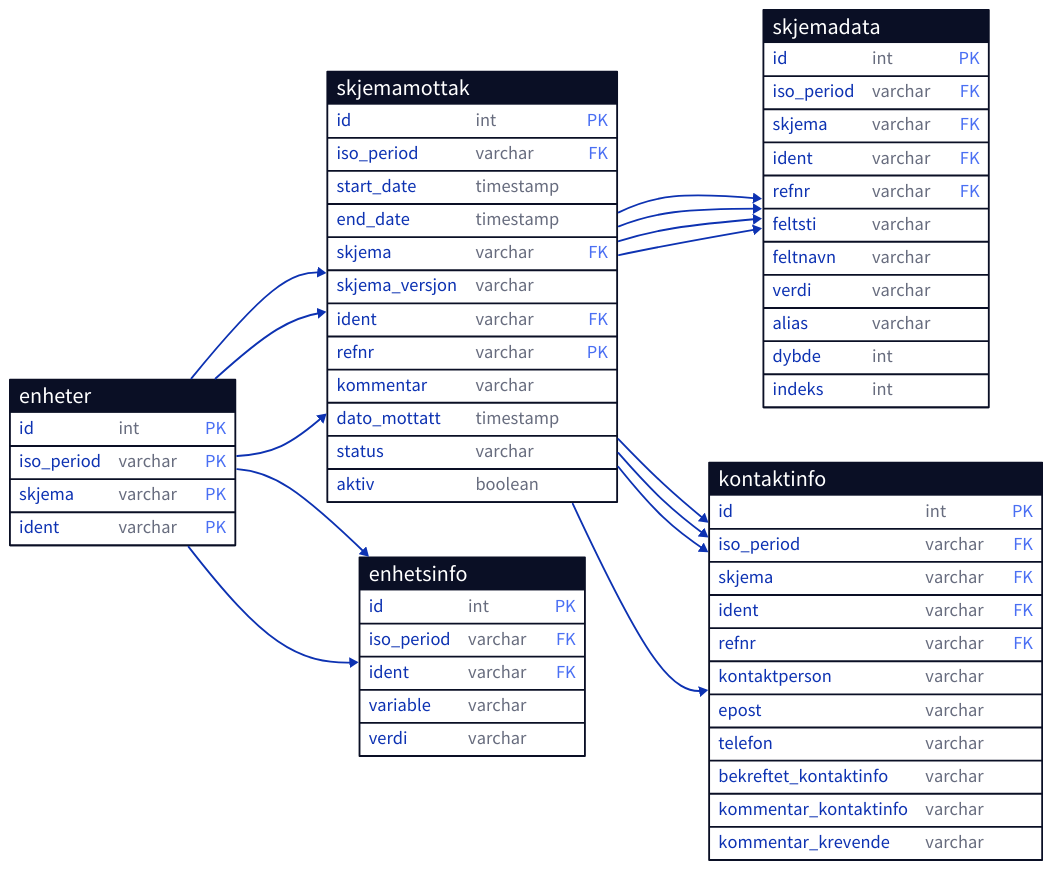
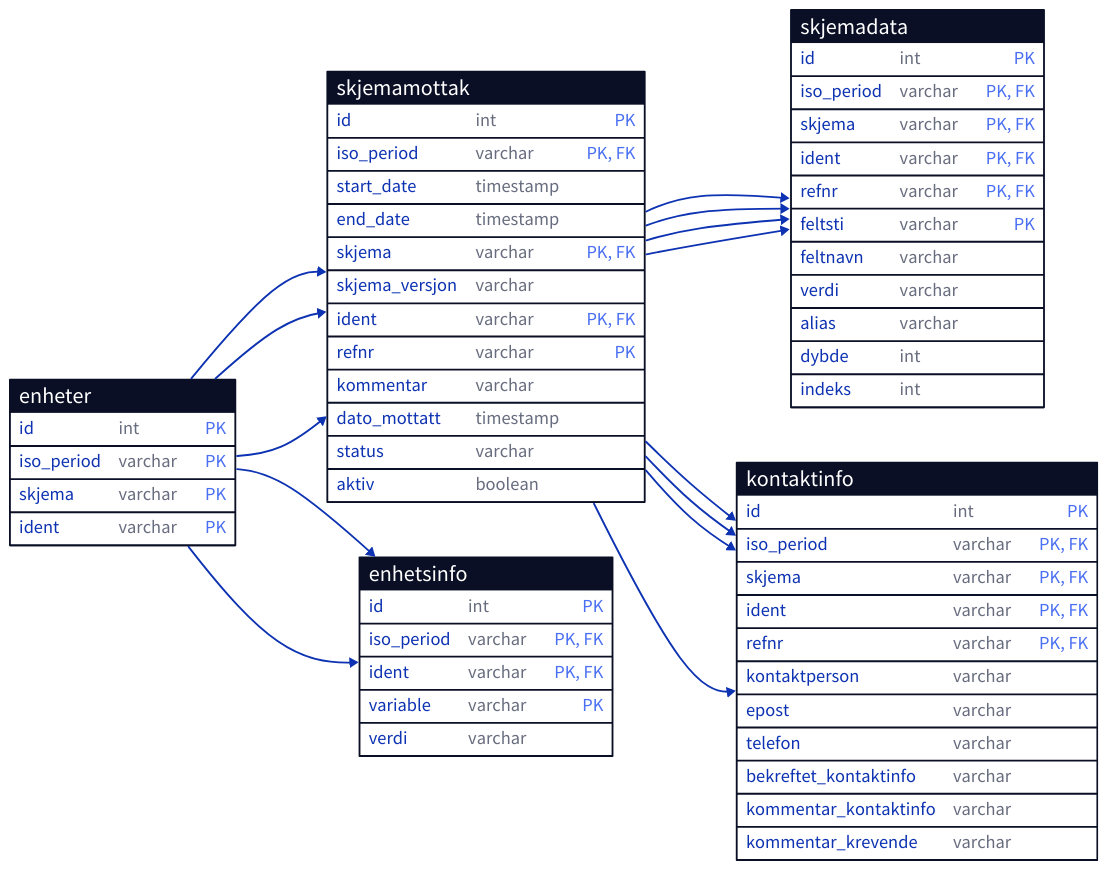
The diagram in docs/datamodels/altinn.d2 (statisticsnorway/ssb-dash-framework), drawn with D2 before and after one commit. The commit also changed 2 other files, not shown here.

Commit message:
Update diagram

```diff
--- a/docs/datamodels/altinn.d2
+++ b/docs/datamodels/altinn.d2
@@ -1,144 +1,148 @@
 direction: right
 
 enheter: {
   shape: sql_table
 
   id: int {
     constraint: primary_key
   }
 
   iso_period: varchar {
     constraint: primary_key
   }
   skjema: varchar {
     constraint: primary_key
   }
   ident: varchar {
     constraint: primary_key
   }
 }
 
 
 skjemamottak: {
   shape: sql_table
 
   id: int {
     constraint: primary_key
   }
 
   iso_period: varchar {
-    constraint: foreign_key
+    constraint: [primary_key; foreign_key]
   }
   start_date: timestamp
   end_date: timestamp
   skjema: varchar {
-    constraint: foreign_key
+    constraint: [primary_key; foreign_key]
   }
   skjema_versjon: varchar
   ident: varchar {
-    constraint: foreign_key
+    constraint: [primary_key; foreign_key]
   }
   refnr: varchar {
     constraint: primary_key
   }
   kommentar: varchar
   dato_mottatt: timestamp
   status: varchar
   aktiv: boolean
 }
 
 
 enhetsinfo: {
   shape: sql_table
 
   id: int {
     constraint: primary_key
   }
 
   iso_period: varchar {
-    constraint: foreign_key
+    constraint: [primary_key; foreign_key]
   }
   ident: varchar {
-    constraint: foreign_key
+    constraint: [primary_key; foreign_key]
   }
-  variable: varchar
+  variable: varchar {
+    constraint: primary_key
+  }
   verdi: varchar
 }
 
 
 skjemadata: {
   shape: sql_table
 
   id: int {
     constraint: primary_key
   }
 
   iso_period: varchar {
-    constraint: foreign_key
+    constraint: [primary_key; foreign_key]
   }
   skjema: varchar {
-    constraint: foreign_key
+    constraint: [primary_key; foreign_key]
   }
   ident: varchar {
-    constraint: foreign_key
+    constraint: [primary_key; foreign_key]
   }
   refnr: varchar {
-    constraint: foreign_key
+    constraint: [primary_key; foreign_key]
   }
-  feltsti: varchar
+  feltsti: varchar {
+    constraint: primary_key
+  }
   feltnavn: varchar
   verdi: varchar
   alias: varchar
   dybde: int
   indeks: int
 }
 
 
 kontaktinfo: {
   shape: sql_table
 
   id: int {
     constraint: primary_key
   }
 
   iso_period: varchar {
-    constraint: foreign_key
+    constraint: [primary_key; foreign_key]
   }
   skjema: varchar {
-    constraint: foreign_key
+    constraint: [primary_key; foreign_key]
   }
   ident: varchar {
-    constraint: foreign_key
+    constraint: [primary_key; foreign_key]
   }
   refnr: varchar {
-    constraint: foreign_key
+    constraint: [primary_key; foreign_key]
   }
   kontaktperson: varchar
   epost: varchar
   telefon: varchar
   bekreftet_kontaktinfo: varchar
   kommentar_kontaktinfo: varchar
   kommentar_krevende: varchar
 }
 
 
 # Enheter -> Enhetsinfo
 enheter.iso_period -> enhetsinfo.iso_period
 enheter.ident -> enhetsinfo.ident
 
 # Enheter -> Skjemamottak
 enheter.iso_period -> skjemamottak.iso_period
 enheter.skjema -> skjemamottak.skjema
 enheter.ident -> skjemamottak.ident
 
 # Skjemamottak -> Skjemadata
 skjemamottak.iso_period -> skjemadata.iso_period
 skjemamottak.skjema -> skjemadata.skjema
 skjemamottak.ident -> skjemadata.ident
 skjemamottak.refnr -> skjemadata.refnr
 
 # Skjemamottak -> Kontaktinfo
 skjemamottak.iso_period -> kontaktinfo.iso_period
 skjemamottak.skjema -> kontaktinfo.skjema
 skjemamottak.ident -> kontaktinfo.ident
 skjemamottak.refnr -> kontaktinfo.refnr
```
